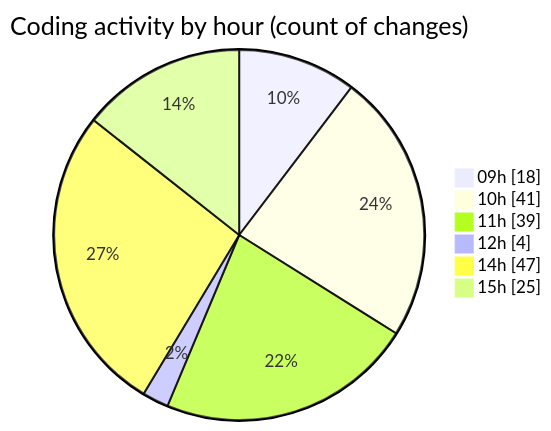
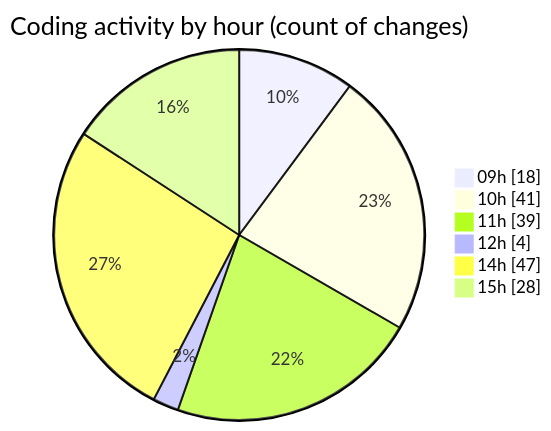
The second of 2 diagrams in 2025-02-11/cda/README.md (momahboobian/code-tracking), drawn with Mermaid before and after one commit. The commit also changed other lines of this file and 1 other file, not shown here.

````diff
--- a/2025-02-11/cda/README.md
+++ b/2025-02-11/cda/README.md
@@ -34,10 +34,10 @@
 ```mermaid
 pie showData
 title Coding activity by hour (count of changes)
 "09h" : 18
 "10h" : 41
 "11h" : 39
 "12h" : 4
 "14h" : 47
-"15h" : 25
+"15h" : 28
 ```
````
